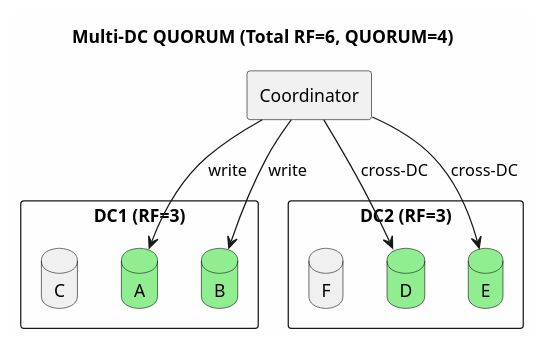
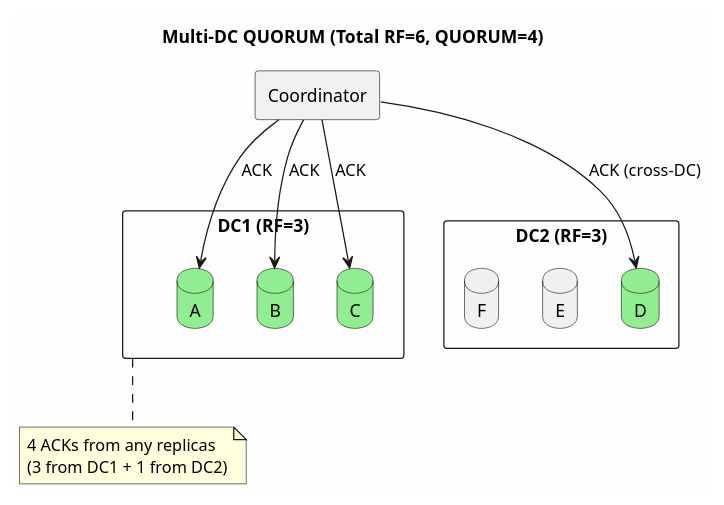
One commit to axonops/documentation changed the fifth of 17 diagrams in docs/data-platforms/cassandra/architecture/distributed-data/consistency.md. Above: the diagram before and after it, drawn with PlantUML. The commit also changed other lines of this file, not shown here.

Commit message:
Improve multi-DC QUORUM diagram to differentiate from EACH_QUORUM

````diff
--- a/docs/data-platforms/cassandra/architecture/distributed-data/consistency.md
+++ b/docs/data-platforms/cassandra/architecture/distributed-data/consistency.md
@@ -201,28 +203,33 @@
 ```plantuml
 @startuml
 
 skinparam backgroundColor #FEFEFE
 
 title Multi-DC QUORUM (Total RF=6, QUORUM=4)
 
 rectangle "Coordinator" as Coord
 
 rectangle "DC1 (RF=3)" as DC1 {
     database "A" as A #90EE90
     database "B" as B #90EE90
-    database "C" as C #f0f0f0
+    database "C" as C #90EE90
 }
 
 rectangle "DC2 (RF=3)" as DC2 {
     database "D" as D #90EE90
-    database "E" as E #90EE90
+    database "E" as E #f0f0f0
     database "F" as F #f0f0f0
 }
 
-Coord --> A : write
-Coord --> B : write
-Coord --> D : cross-DC
-Coord --> E : cross-DC
+Coord --> A : ACK
+Coord --> B : ACK
+Coord --> C : ACK
+Coord --> D : ACK (cross-DC)
+
+note bottom of DC1
+  4 ACKs from any replicas
+  (3 from DC1 + 1 from DC2)
+end note
 
 @enduml
 ```
````
